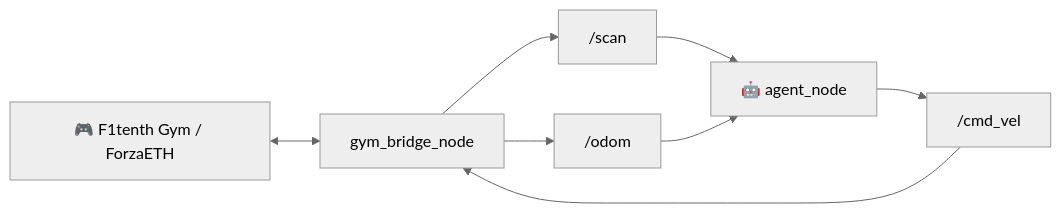
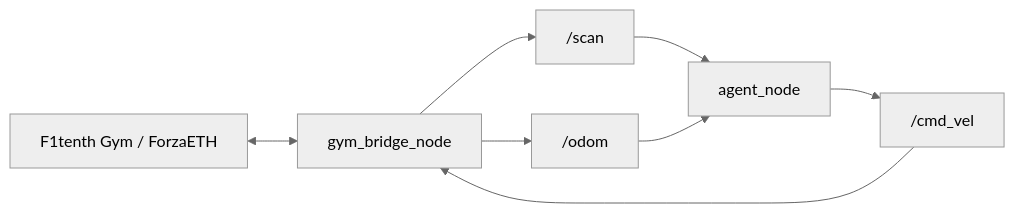
One commit to leesg0107/leesg0107.github.io changed the seventh of 8 diagrams in _posts/project/2025-11-22-agent-mcqueen.md. Above: the diagram before and after it, drawn with Mermaid (neutral theme). The commit also changed other lines of this file and 77 other files, not shown here.

```diff
--- a/_posts/project/2025-11-22-agent-mcqueen.md
+++ b/_posts/project/2025-11-22-agent-mcqueen.md
@@ -276,12 +271,12 @@
 <div class="mermaid">
 flowchart LR
-    GYM["🎮 F1tenth Gym / ForzaETH"] <--> BRIDGE["gym_bridge_node"]
+    GYM["F1tenth Gym / ForzaETH"] <--> BRIDGE["gym_bridge_node"]
 
     BRIDGE --> SCAN["/scan"]
     BRIDGE --> ODOM["/odom"]
 
-    SCAN --> AGENT["🤖 agent_node"]
+    SCAN --> AGENT["agent_node"]
     ODOM --> AGENT
 
     AGENT --> CMD["/cmd_vel"] --> BRIDGE
 </div>
```
